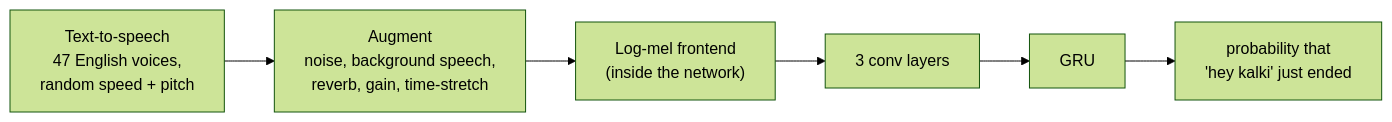
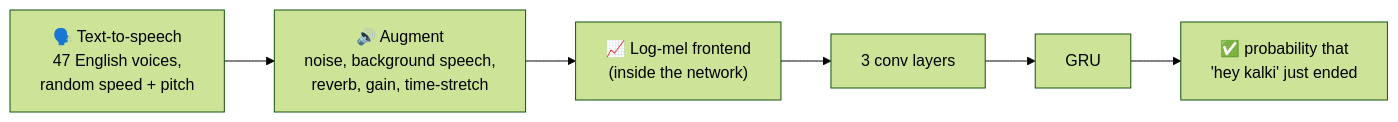
The diagram in README.md (yeshwanthguru/kalki-wakeword), drawn with Mermaid (forest theme) before and after one commit. The commit also changed other lines of this file and 1 other file, not shown here.

````diff
--- a/README.md
+++ b/README.md
@@ -88,8 +203,8 @@
 ```mermaid
 flowchart LR
-    A["Text-to-speech<br/>47 English voices,<br/>random speed + pitch"] --> B["Augment<br/>noise, background speech,<br/>reverb, gain, time-stretch"]
-    B --> C["Log-mel frontend<br/>(inside the network)"]
+    A["🗣️ Text-to-speech<br/>47 English voices,<br/>random speed + pitch"] --> B["🔊 Augment<br/>noise, background speech,<br/>reverb, gain, time-stretch"]
+    B --> C["📈 Log-mel frontend<br/>(inside the network)"]
     C --> D["3 conv layers"]
     D --> E["GRU"]
-    E --> F["probability that<br/>'hey kalki' just ended"]
+    E --> F["✅ probability that<br/>'hey kalki' just ended"]
 ```
````
